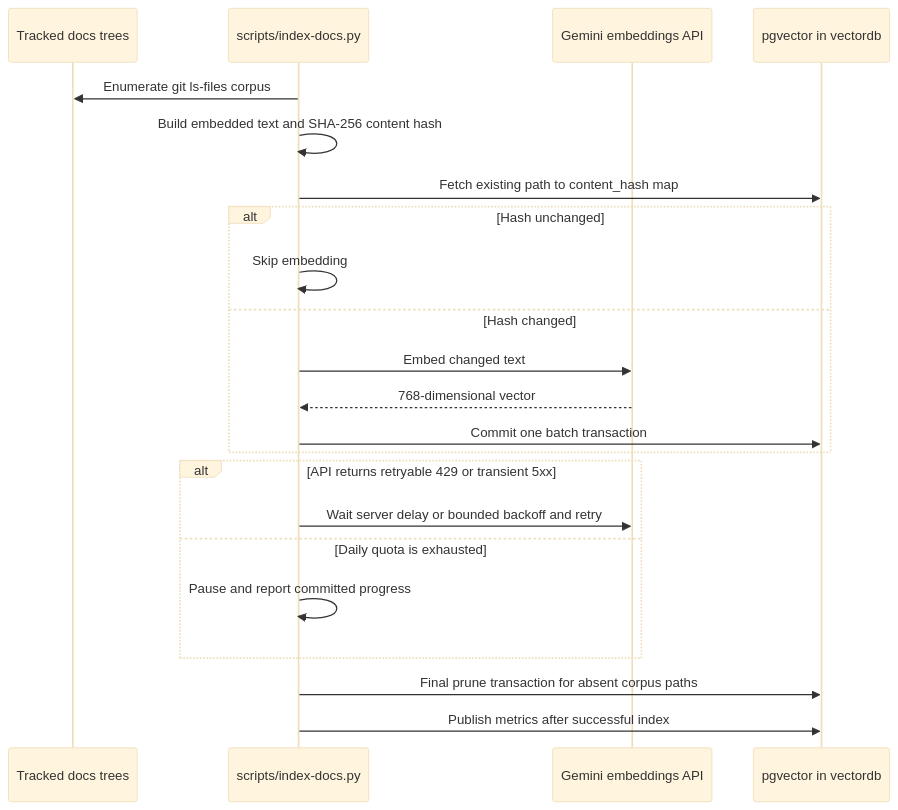
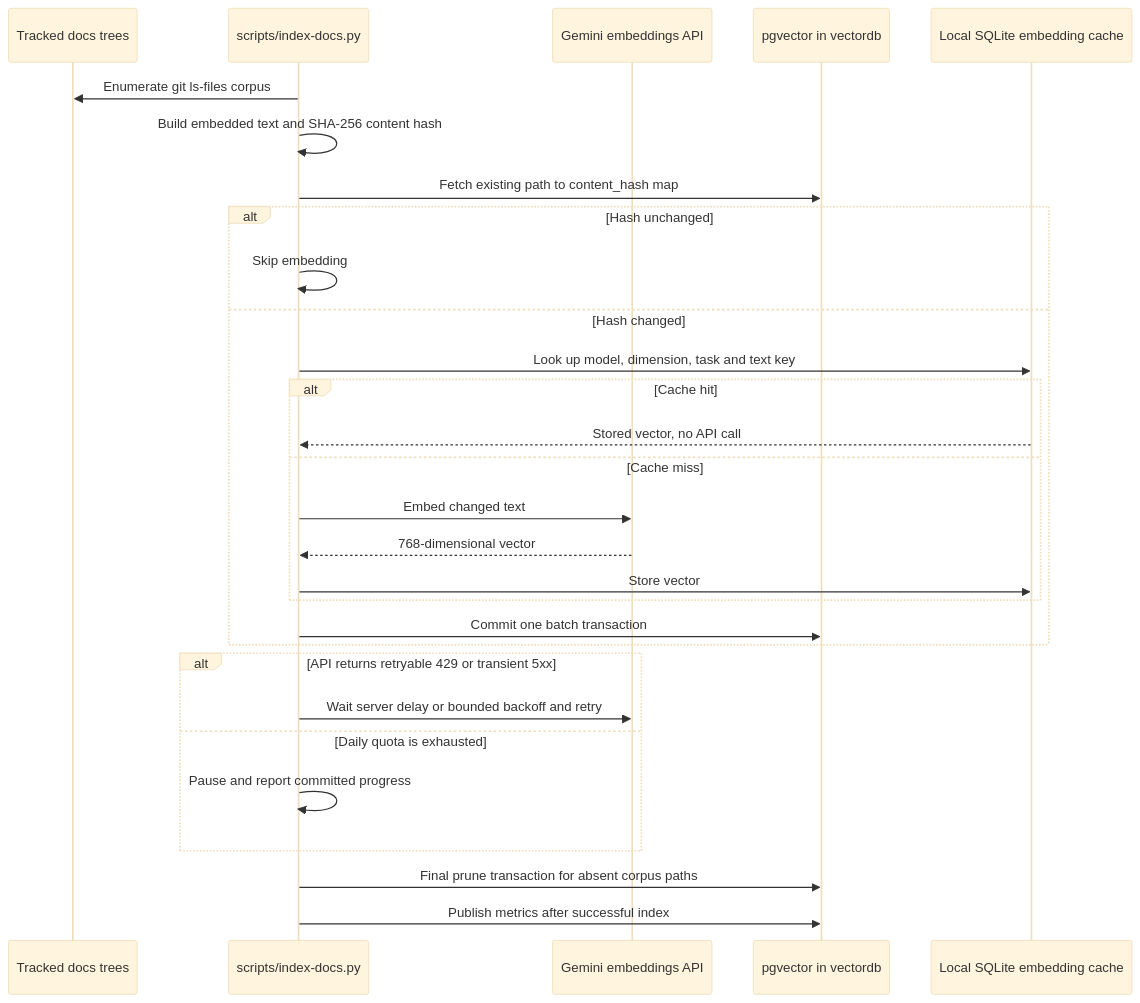
The second of 3 diagrams in docs/architecture/vector-store.md (wilddog64/k3d-manager), drawn with Mermaid (base theme) before and after one commit. The commit also changed other lines of this file and 618 other files, not shown here.

````diff
--- a/docs/architecture/vector-store.md
+++ b/docs/architecture/vector-store.md
@@ -49,25 +49,33 @@
 ```mermaid
 sequenceDiagram
     participant Docs as Tracked docs trees
     participant Index as scripts/index-docs.py
     participant API as Gemini embeddings API
     participant DB as pgvector in vectordb
 
     Index->>Docs: Enumerate git ls-files corpus
     Index->>Index: Build embedded text and SHA-256 content hash
+    participant Cache as Local SQLite embedding cache
+
     Index->>DB: Fetch existing path to content_hash map
     alt Hash unchanged
         Index->>Index: Skip embedding
     else Hash changed
-        Index->>API: Embed changed text
-        API-->>Index: 768-dimensional vector
+        Index->>Cache: Look up model, dimension, task and text key
+        alt Cache hit
+            Cache-->>Index: Stored vector, no API call
+        else Cache miss
+            Index->>API: Embed changed text
+            API-->>Index: 768-dimensional vector
+            Index->>Cache: Store vector
+        end
         Index->>DB: Commit one batch transaction
     end
     alt API returns retryable 429 or transient 5xx
         Index->>API: Wait server delay or bounded backoff and retry
     else Daily quota is exhausted
         Index->>Index: Pause and report committed progress
     end
     Index->>DB: Final prune transaction for absent corpus paths
     Index->>DB: Publish metrics after successful index
 ```
````
